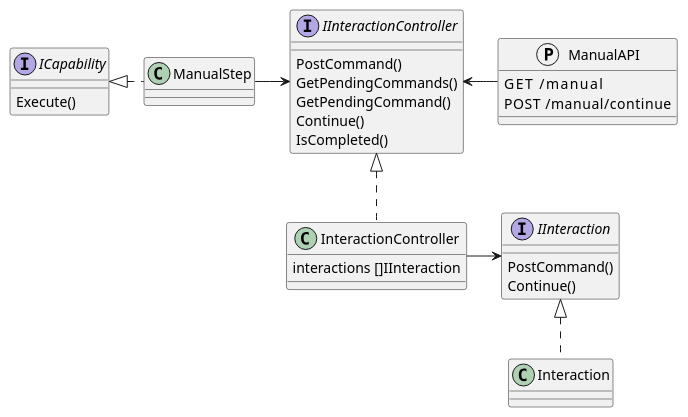
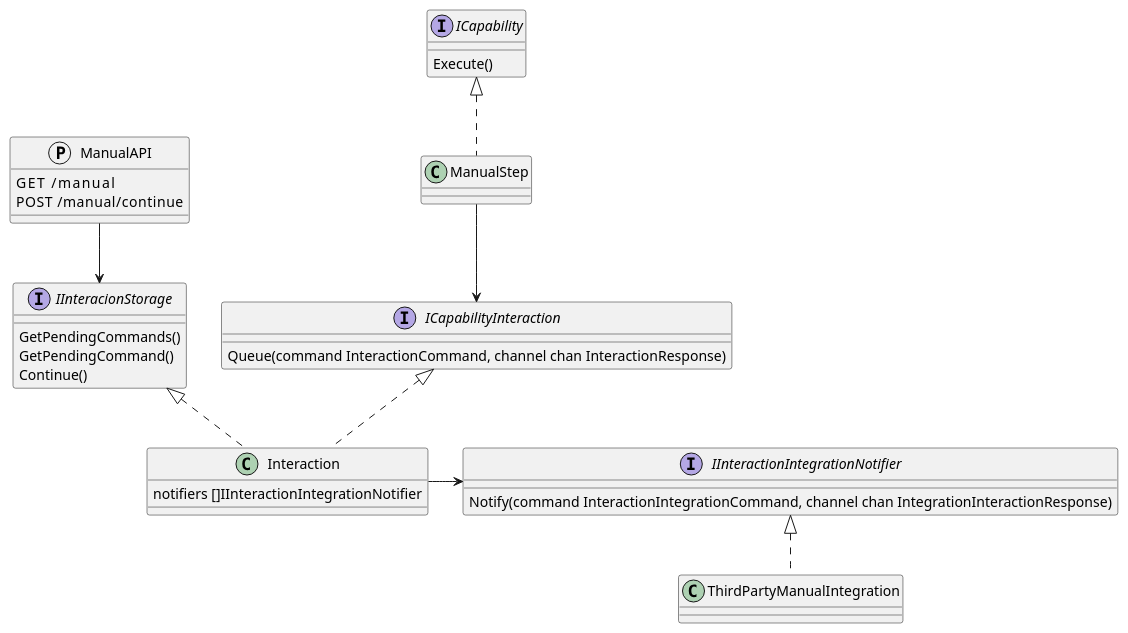
One commit to COSSAS/SOARCA changed the first of 2 diagrams in docs/content/en/docs/core-components/modules.md. Above: the diagram before and after it, drawn with PlantUML. The commit also changed other lines of this file, not shown here.

Commit message:
update architecture and related docs

````diff
--- a/docs/content/en/docs/core-components/modules.md
+++ b/docs/content/en/docs/core-components/modules.md
@@ -341,45 +341,47 @@
 ```plantuml
 @startuml
 set separator ::
 
-interface ICapability{
-   Execute()
-}
-
-interface IInteractionController{
-    PostCommand()
-	GetPendingCommands()
-	GetPendingCommand()
-	Continue()
-	IsCompleted()
-}
+class ManualStep 
 
 protocol ManualAPI {
     GET     /manual
     POST    /manual/continue
 }
 
-interface IInteraction {
-    PostCommand()
+interface ICapability{
+   Execute()
+}
+
+interface ICapabilityInteraction{
+    Queue(command InteractionCommand, channel chan InteractionResponse)
+}
+
+interface IInteracionStorage{
+    GetPendingCommands()
+	GetPendingCommand()
 	Continue()
 }
 
-class ManualStep 
+interface IInteractionIntegrationNotifier {
+    Notify(command InteractionIntegrationCommand, channel chan IntegrationInteractionResponse)
+}
 
-class InteractionController {
-    interactions []IInteraction
+class Interaction {
+    notifiers []IInteractionIntegrationNotifier
 }
-class Interaction
+class ThirdPartyManualIntegration
 
 
-ManualStep .left.|> ICapability
-ManualStep -right-> IInteractionController
-InteractionController .up.|> IInteractionController
+ManualStep .up.|> ICapability
+ManualStep -down-> ICapabilityInteraction
+Interaction .up.|> ICapabilityInteraction
+Interaction .up.|> IInteracionStorage
 
-ManualAPI -left-> IInteractionController
+ManualAPI -down-> IInteracionStorage
 
-InteractionController -right-> IInteraction
-Interaction .up.|> IInteraction
+Interaction -right-> IInteractionIntegrationNotifier
+ThirdPartyManualIntegration .up.|> IInteractionIntegrationNotifier
 
 
 ```
````
